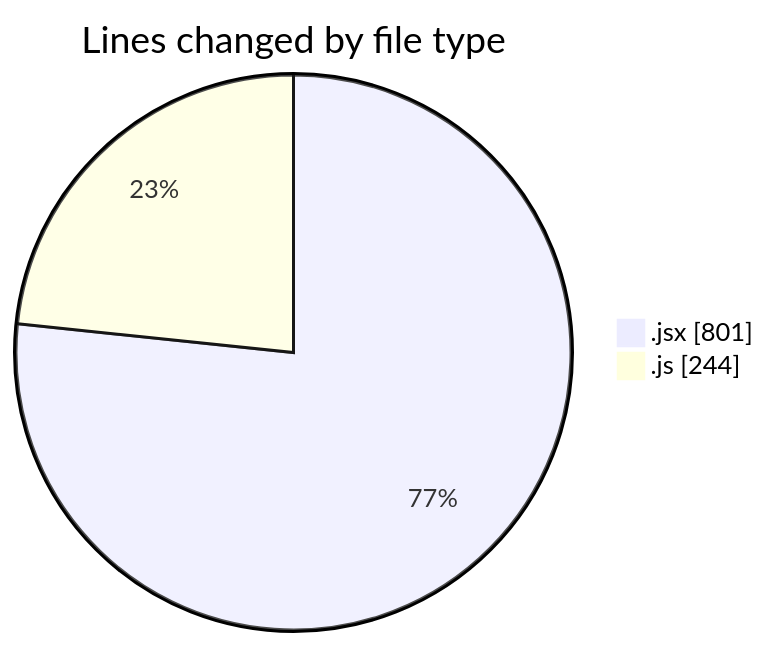
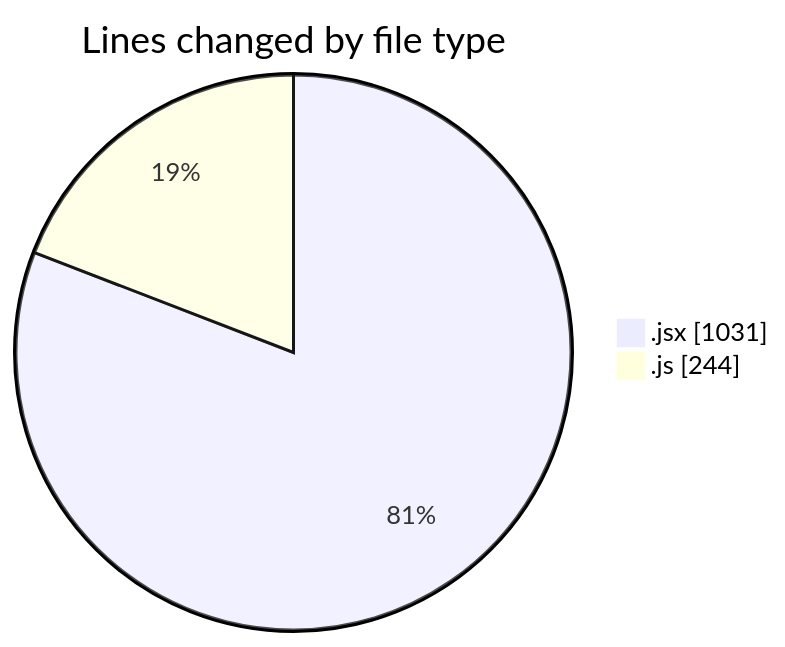
Before and after one commit to nxtqubesakshisongat/code-tracking: the first of 2 diagrams in 2025-12-14/nxtqube_webapp/README.md, drawn with Mermaid. The commit also changed other lines of this file and 1 other file, not shown here.

````diff
--- a/2025-12-14/nxtqube_webapp/README.md
+++ b/2025-12-14/nxtqube_webapp/README.md
@@ -22,6 +23,6 @@
 ```mermaid
 pie showData
 title Lines changed by file type
-".jsx" : 801
+".jsx" : 1031
 ".js" : 244
 ```
````
